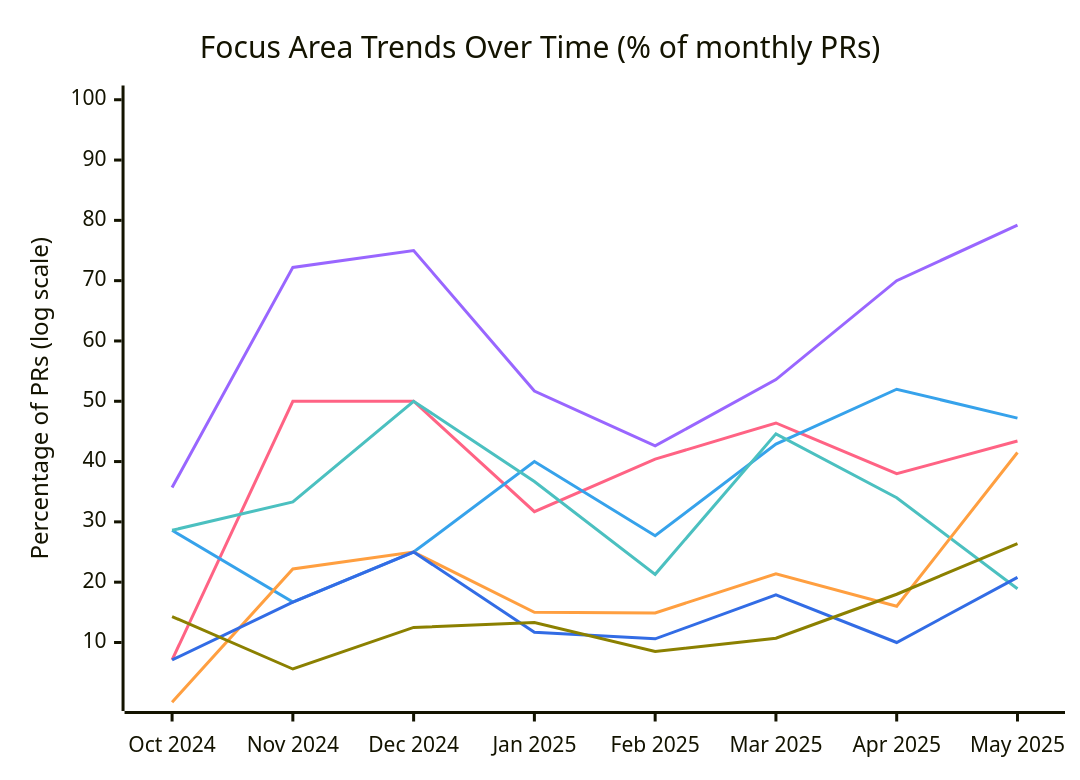
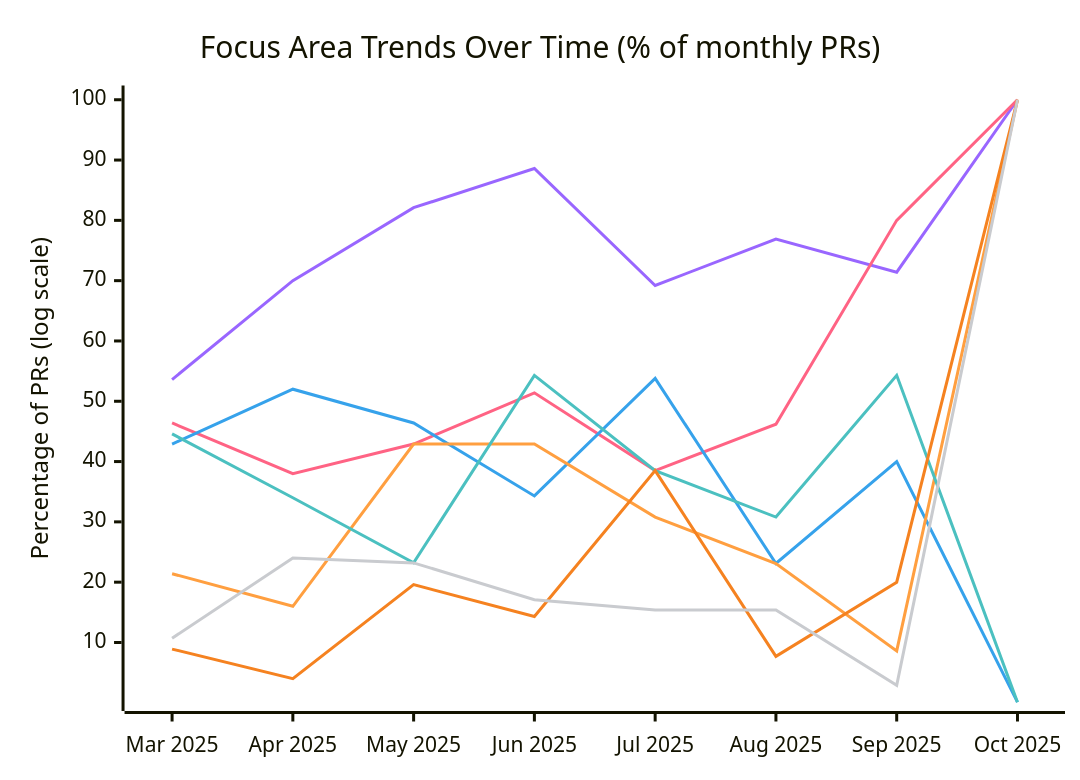
Before and after one commit to microsoft/edge-ai: the eighth of 11 diagrams in docs/contributions.md, drawn with Mermaid. The commit also changed other lines of this file and 18 other files, not shown here.

````diff
--- a/docs/contributions.md
+++ b/docs/contributions.md
@@ -283,8 +268,8 @@
 ``` mermaid
-%%{init: {"themeVariables": {"xyChart": {"plotColorPalette": "#9966FF, #FF6384, #36A2EB, #4BC0C0, #FF9F40, #326CE5, #8B8000"}}}}%%
+%%{init: {"themeVariables": {"xyChart": {"plotColorPalette": "#9966FF, #FF6384, #36A2EB, #FF9F40, #4BC0C0, #F58220, #C9CBCF"}}}}%%
 xychart-beta
     title "Focus Area Trends Over Time (% of monthly PRs)"
-    x-axis ["Oct 2024", "Nov 2024", "Dec 2024", "Jan 2025", "Feb 2025", "Mar 2025", "Apr 2025", "May 2025"]
+    x-axis ["Mar 2025", "Apr 2025", "May 2025", "Jun 2025", "Jul 2025", "Aug 2025", "Sep 2025", "Oct 2025"]
     y-axis "Percentage of PRs (log scale)" 1 --> 100
-        line "Features" [35.7, 72.2, 75, 51.7, 42.6, 53.6, 70, 79.2]     line "CI/CD" [7.1, 50, 50, 31.7, 40.4, 46.4, 38, 43.4]     line "Documentation" [28.6, 16.7, 25, 40, 27.7, 42.9, 52, 47.2]     line "Bug Fixes" [28.6, 33.3, 50, 36.7, 21.3, 44.6, 34, 18.9]     line "Terraform" [0.1, 22.2, 25, 15, 14.9, 21.4, 16, 41.5]     line "Kubernetes" [7.1, 16.7, 25, 11.7, 10.6, 17.9, 10, 20.8]     line "Refactoring" [14.3, 5.6, 12.5, 13.3, 8.5, 10.7, 18, 26.4]
+        line "Features" [53.6, 70, 82.1, 88.6, 69.2, 76.9, 71.4, 100]     line "CI/CD" [46.4, 38, 42.9, 51.4, 38.5, 46.2, 80, 100]     line "Documentation" [42.9, 52, 46.4, 34.3, 53.8, 23.1, 40, 0.1]     line "Terraform" [21.4, 16, 42.9, 42.9, 30.8, 23.1, 8.6, 100]     line "Bug Fixes" [44.6, 34, 23.2, 54.3, 38.5, 30.8, 54.3, 0.1]     line "IoT Operations" [8.9, 4, 19.6, 14.3, 38.5, 7.7, 20, 100]     line "Bicep/ARM" [10.7, 24, 23.2, 17.1, 15.4, 15.4, 2.9, 100]
 ```
````
